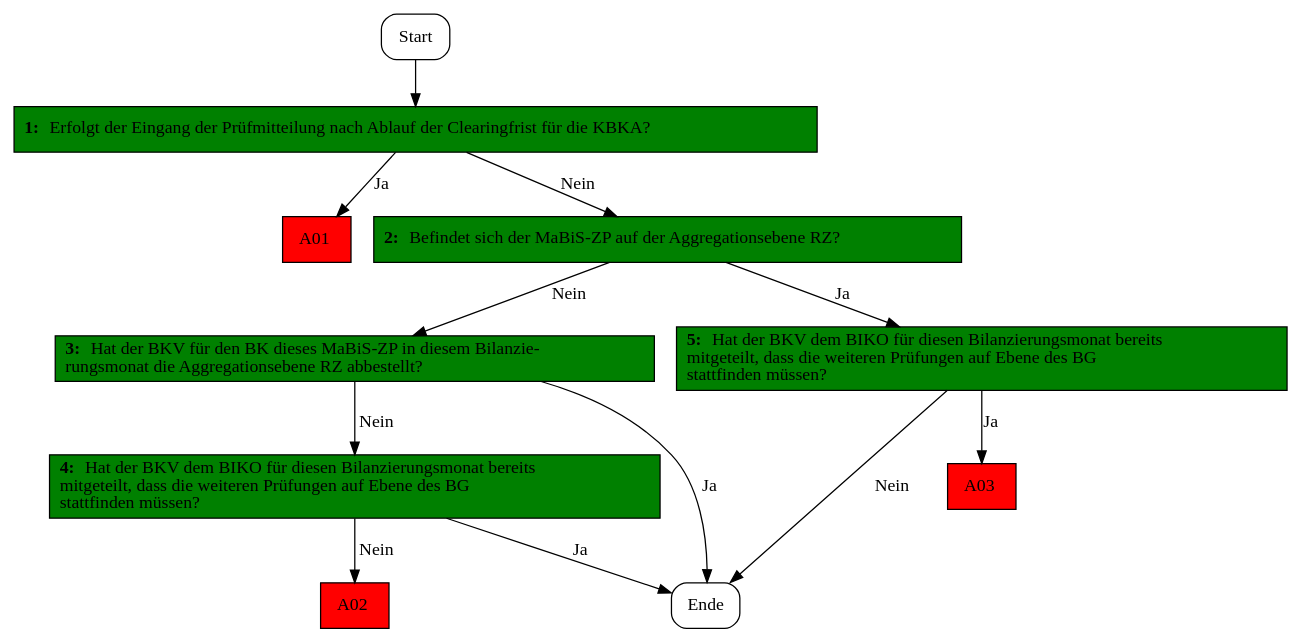
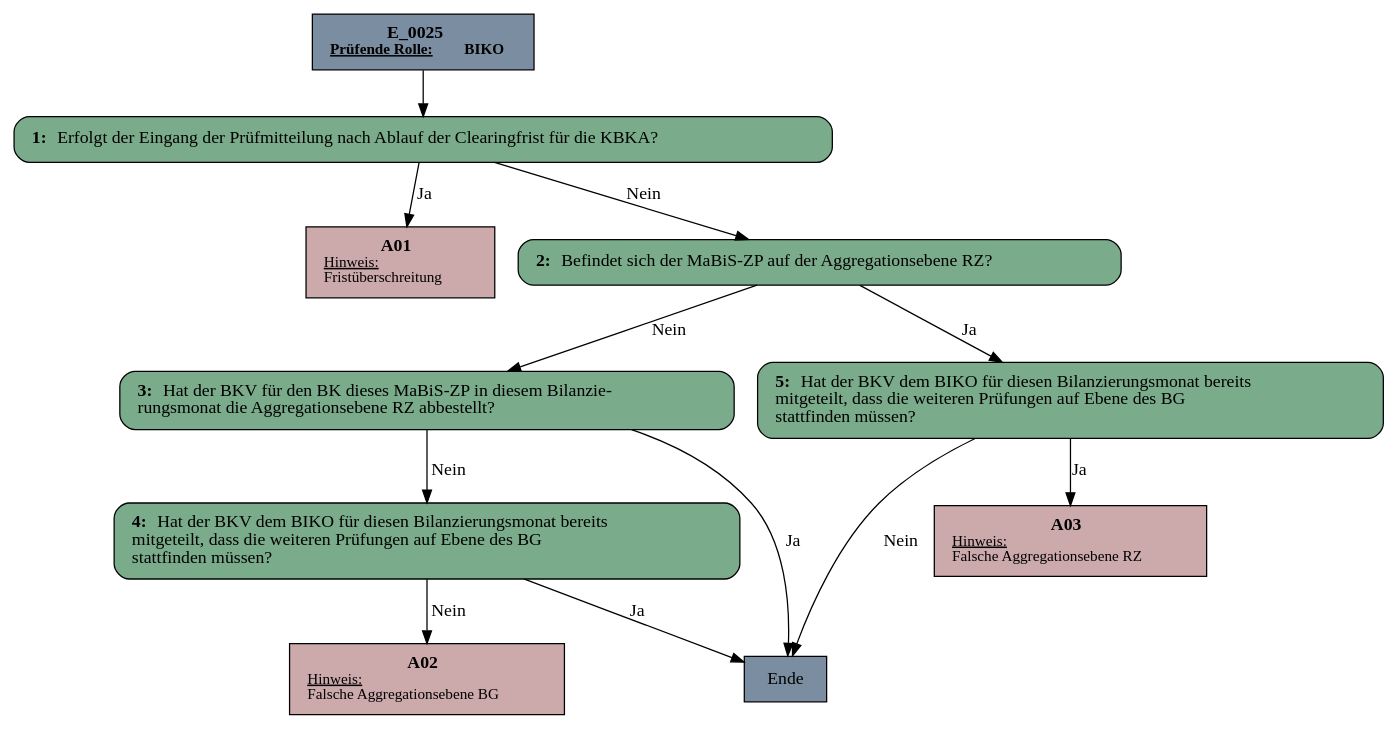
Before and after one commit to Hochfrequenz/rebdhuhn: the diagram in unittests/output/E_0025.dot, drawn with Graphviz. The commit also changed 11 other files, not shown here.

```diff
--- a/unittests/output/E_0025.dot
+++ b/unittests/output/E_0025.dot
@@ -1,24 +1,24 @@
 digraph D {
-    "Start" [shape=box, style=rounded, label="Start"];
-    "1" [shape=box, style="filled", fillcolor="green", label=<<B>1: </B>Erfolgt der Eingang der Prüfmitteilung nach Ablauf der Clearingfrist für die KBKA?<BR align="left"/>>];
-    "A01" [shape=box, style="filled", fillcolor="red", label=<A01<BR align="left"/>>];
-    "2" [shape=box, style="filled", fillcolor="green", label=<<B>2: </B>Befindet sich der MaBiS-ZP auf der Aggregationsebene RZ?<BR align="left"/>>];
-    "3" [shape=box, style="filled", fillcolor="green", label=<<B>3: </B>Hat der BKV für den BK dieses MaBiS-ZP in diesem Bilanzie-<BR align="left"/>rungsmonat die Aggregationsebene RZ abbestellt?<BR align="left"/>>];
-    "Ende" [shape=box, style=rounded, label="Ende"];
-    "4" [shape=box, style="filled", fillcolor="green", label=<<B>4: </B>Hat der BKV dem BIKO für diesen Bilanzierungsmonat bereits<BR align="left"/>mitgeteilt, dass die weiteren Prüfungen auf Ebene des BG<BR align="left"/>stattfinden müssen?<BR align="left"/>>];
-    "A02" [shape=box, style="filled", fillcolor="red", label=<A02<BR align="left"/>>];
-    "5" [shape=box, style="filled", fillcolor="green", label=<<B>5: </B>Hat der BKV dem BIKO für diesen Bilanzierungsmonat bereits<BR align="left"/>mitgeteilt, dass die weiteren Prüfungen auf Ebene des BG<BR align="left"/>stattfinden müssen?<BR align="left"/>>];
-    "A03" [shape=box, style="filled", fillcolor="red", label=<A03<BR align="left"/>>];
+    "Start" [margin="0.2,0.12", shape=box, style=filled, fillcolor="#7a8da1", label=<<B>E_0025</B><BR align="center"/><FONT point-size="12"><B><U>Prüfende Rolle:</U> BIKO</B></FONT><BR align="center"/>>];
+    "1" [margin="0.2,0.12", pad="2,0", shape=box, style="filled,rounded", fillcolor="#7aab8a", label=<<B>1: </B>Erfolgt der Eingang der Prüfmitteilung nach Ablauf der Clearingfrist für die KBKA?<BR align="left"/>>];
+    "A01" [margin="0.2,0.12", shape=box, style=filled, fillcolor="#cca9ab", label=<<B>A01</B><BR align="center"/><FONT point-size="12"><U>Hinweis:</U><BR align="left"/>Fristüberschreitung<BR align="left"/></FONT>>];
+    "2" [margin="0.2,0.12", pad="2,0", shape=box, style="filled,rounded", fillcolor="#7aab8a", label=<<B>2: </B>Befindet sich der MaBiS-ZP auf der Aggregationsebene RZ?<BR align="left"/>>];
+    "3" [margin="0.2,0.12", pad="2,0", shape=box, style="filled,rounded", fillcolor="#7aab8a", label=<<B>3: </B>Hat der BKV für den BK dieses MaBiS-ZP in diesem Bilanzie-<BR align="left"/>rungsmonat die Aggregationsebene RZ abbestellt?<BR align="left"/>>];
+    "Ende" [margin="0.2,0.12", shape=box, style=filled, fillcolor="#7a8da1", label="Ende"];
+    "4" [margin="0.2,0.12", pad="2,0", shape=box, style="filled,rounded", fillcolor="#7aab8a", label=<<B>4: </B>Hat der BKV dem BIKO für diesen Bilanzierungsmonat bereits<BR align="left"/>mitgeteilt, dass die weiteren Prüfungen auf Ebene des BG<BR align="left"/>stattfinden müssen?<BR align="left"/>>];
+    "A02" [margin="0.2,0.12", shape=box, style=filled, fillcolor="#cca9ab", label=<<B>A02</B><BR align="center"/><FONT point-size="12"><U>Hinweis:</U><BR align="left"/>Falsche Aggregationsebene BG<BR align="left"/></FONT>>];
+    "5" [margin="0.2,0.12", pad="2,0", shape=box, style="filled,rounded", fillcolor="#7aab8a", label=<<B>5: </B>Hat der BKV dem BIKO für diesen Bilanzierungsmonat bereits<BR align="left"/>mitgeteilt, dass die weiteren Prüfungen auf Ebene des BG<BR align="left"/>stattfinden müssen?<BR align="left"/>>];
+    "A03" [margin="0.2,0.12", shape=box, style=filled, fillcolor="#cca9ab", label=<<B>A03</B><BR align="center"/><FONT point-size="12"><U>Hinweis:</U><BR align="left"/>Falsche Aggregationsebene RZ<BR align="left"/></FONT>>];
 
     "Start" -> "1";
     "1" -> "A01" [label="Ja"];
     "1" -> "2" [label="Nein"];
     "2" -> "3" [label="Nein"];
     "2" -> "5" [label="Ja"];
     "3" -> "4" [label="Nein"];
     "3" -> "Ende" [label="Ja"];
     "4" -> "A02" [label="Nein"];
     "4" -> "Ende" [label="Ja"];
     "5" -> "A03" [label="Ja"];
     "5" -> "Ende" [label="Nein"];
 }
```
